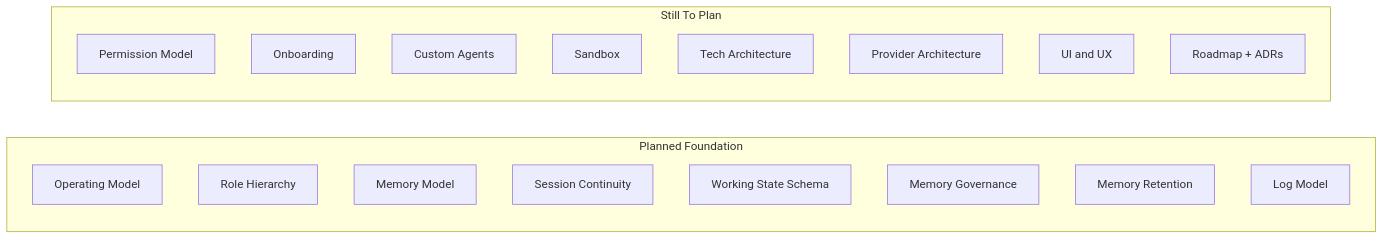
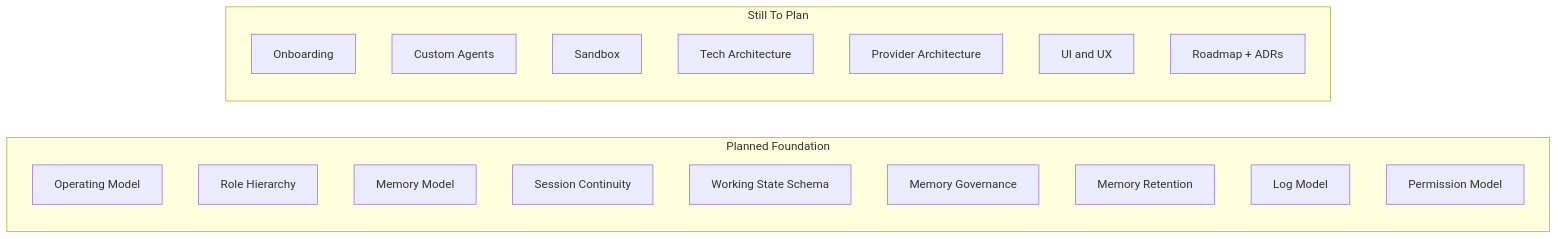
One commit to wessel05j/PAOS changed the diagram in docs/planning-status.md. Above: the diagram before and after it, drawn with Mermaid. The commit also changed other lines of this file and 2 other files, not shown here.

Commit message:
Document global permission model

````diff
--- a/docs/planning-status.md
+++ b/docs/planning-status.md
@@ -50,24 +50,24 @@
 ```mermaid
 flowchart LR
     subgraph Stable["Planned Foundation"]
         OM[Operating Model]
         RH[Role Hierarchy]
         MM[Memory Model]
         SC[Session Continuity]
         WS[Working State Schema]
         MG[Memory Governance]
         MR[Memory Retention]
         LM[Log Model]
+        PM[Permission Model]
     end
 
     subgraph Open["Still To Plan"]
-        PM[Permission Model]
         OB[Onboarding]
         CA[Custom Agents]
         SB[Sandbox]
         TA[Tech Architecture]
         PA[Provider Architecture]
         UX[UI and UX]
         RD[Roadmap + ADRs]
     end
 ```
````
